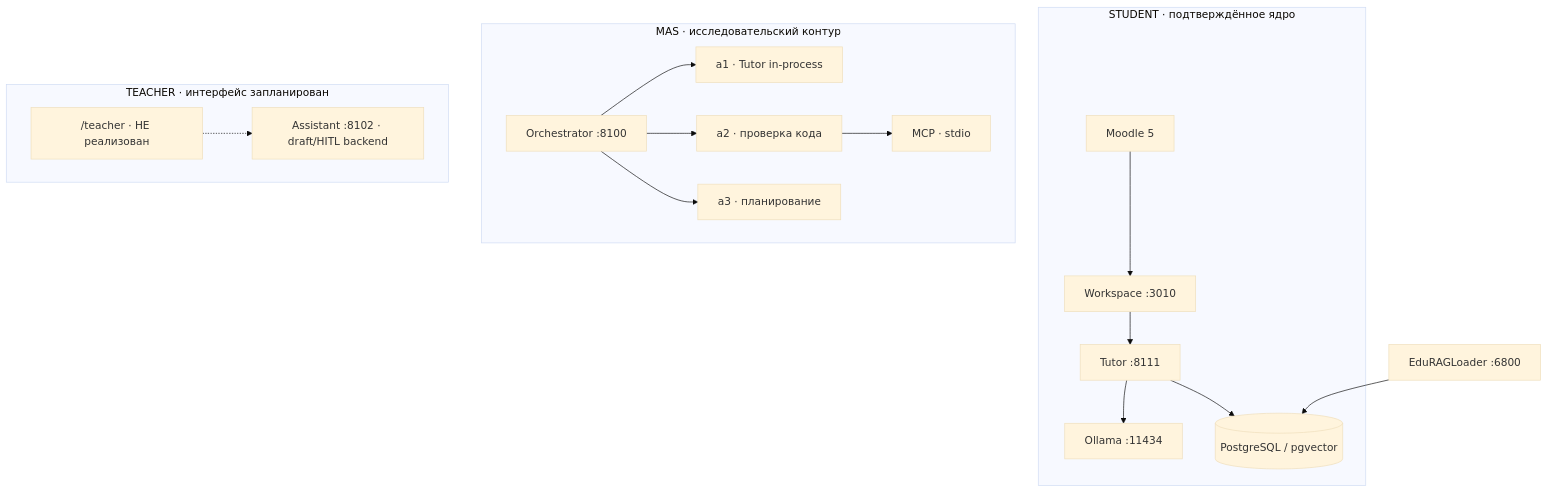
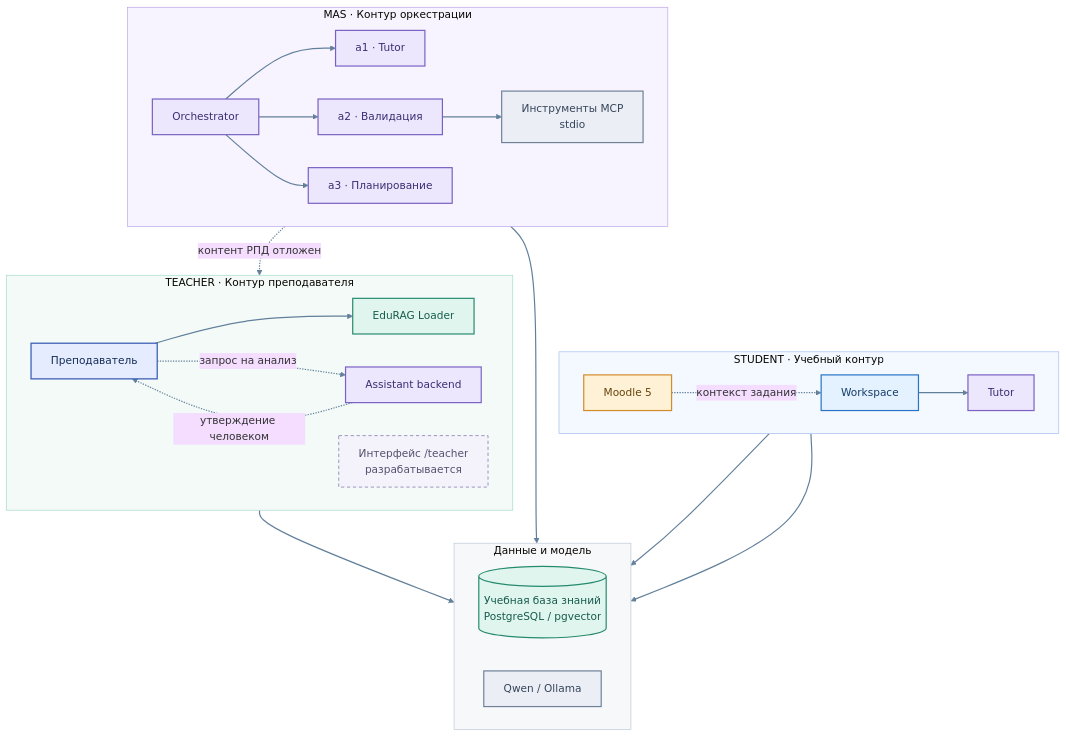
Before and after one commit to BosenkoTM/llm-data-analytics-tutor: the third of 3 diagrams in README.md, drawn with Mermaid (base theme). The commit also changed other lines of this file, not shown here.

````diff
--- a/README.md
+++ b/README.md
@@ -41,18 +102,52 @@
 ```mermaid
 flowchart TB
-    subgraph STUDENT["STUDENT · подтверждённое ядро"]
-      M["Moodle 5"] --> W["Workspace :3010"] --> T["Tutor :8111"]
-      T --> Q["Ollama :11434"]
-      T --> DB[("PostgreSQL / pgvector")]
+    subgraph ST["STUDENT · Учебный контур"]
+        direction LR
+        M["Moodle 5"] -. "контекст задания" .-> W["Workspace"]
+        W --> T["Tutor"]
     end
-    subgraph MAS["MAS · исследовательский контур"]
-      O["Orchestrator :8100"] --> A1["a1 · Tutor in-process"]
-      O --> A2["a2 · проверка кода"]
-      O --> A3["a3 · планирование"]
-      A2 --> MC["MCP · stdio"]
+    subgraph ML["MAS · Контур оркестрации"]
+        direction LR
+        OR["Orchestrator"] --> A1["a1 · Tutor"]
+        OR --> A2["a2 · Валидация"]
+        OR --> A3["a3 · Планирование"]
+        A2 --> MCP["Инструменты MCP<br/>stdio"]
     end
-    subgraph TEACHER["TEACHER · интерфейс запланирован"]
-      U["/teacher · НЕ реализован"] -.-> A["Assistant :8102 · draft/HITL backend"]
+    subgraph TR["TEACHER · Контур преподавателя"]
+        direction LR
+        P["Преподаватель"] --> L["EduRAG Loader"]
+        P -. "запрос на анализ" .-> AS["Assistant backend"]
+        AS -. "утверждение человеком" .-> P
+        FUT["Интерфейс /teacher<br/>разрабатывается"]
     end
-    L["EduRAGLoader :6800"] --> DB
+    subgraph DS["Данные и модель"]
+        direction LR
+        KB[("Учебная база знаний<br/>PostgreSQL / pgvector")]
+        OLL["Qwen / Ollama"]
+    end
+    T --> KB
+    T --> OLL
+    L --> KB
+    A1 --> KB
+    A3 -. "контент РПД отложен" .-> FUT
+    class M lms;
+    class W ui;
+    class T,OR,A1,A2,A3,AS agent;
+    class MCP,OLL infra;
+    class P person;
+    class L,KB data;
+    class FUT future;
+style ST fill:#F4F8FF,stroke:#A2BCEE,stroke-width:1px;
+style ML fill:#F7F4FF,stroke:#B9A4E7,stroke-width:1px;
+style TR fill:#F3FAF8,stroke:#A2D8C8,stroke-width:1px;
+style DS fill:#F6F8FA,stroke:#BBC7D3,stroke-width:1px;
+classDef person fill:#E5ECFD,stroke:#4164B9,color:#142C59,stroke-width:2px;
+classDef lms fill:#FFF1D6,stroke:#D28A2B,color:#66440C,stroke-width:1.8px;
+classDef ui fill:#E4F1FE,stroke:#2774C7,color:#153D6A,stroke-width:1.8px;
+classDef agent fill:#EDE7FD,stroke:#7960C2,color:#3D2D73,stroke-width:1.8px;
+classDef data fill:#E1F5EF,stroke:#268A6D,color:#155C4B,stroke-width:1.8px;
+classDef infra fill:#EBEFF5,stroke:#6F8198,color:#35445A,stroke-width:1.8px;
+classDef guard fill:#FFEBE8,stroke:#C76650,color:#7B3429,stroke-width:1.8px;
+classDef future fill:#F4F2FB,stroke:#9D95BD,color:#55506E,stroke-width:1.5px,stroke-dasharray:5 4;
+linkStyle default stroke:#63809B,stroke-width:1.8px;
 ```
````
